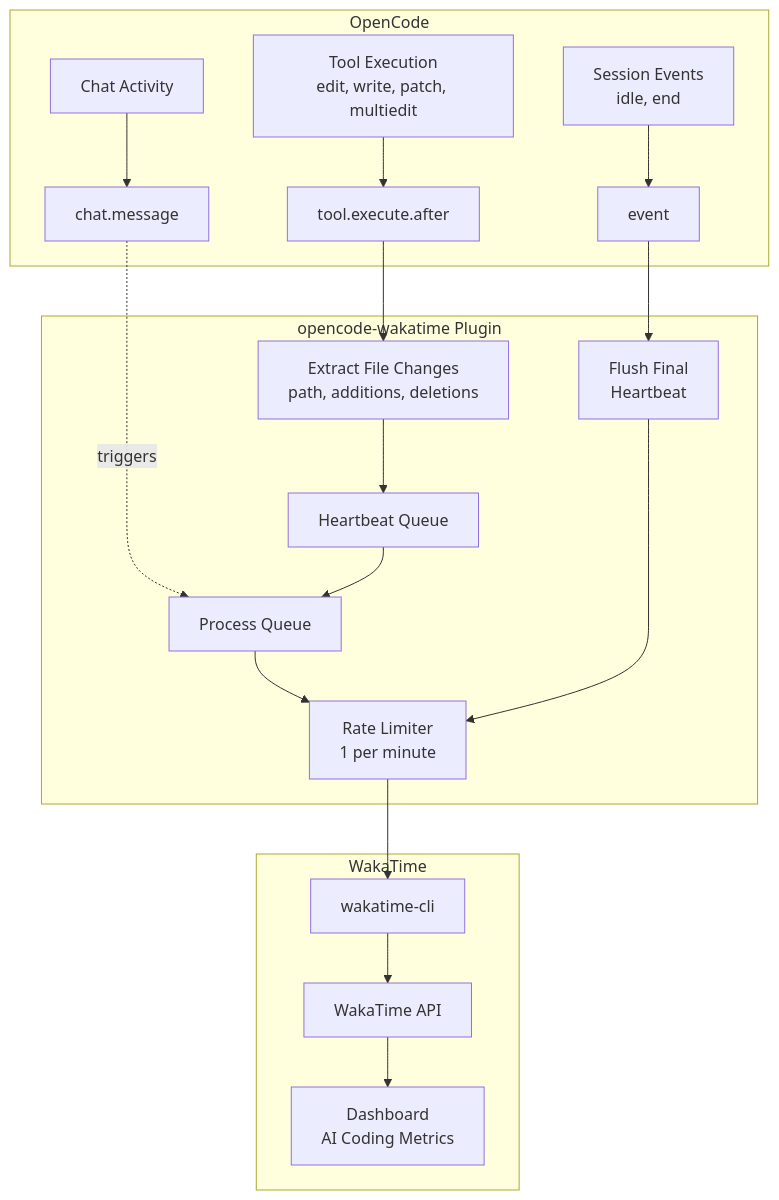
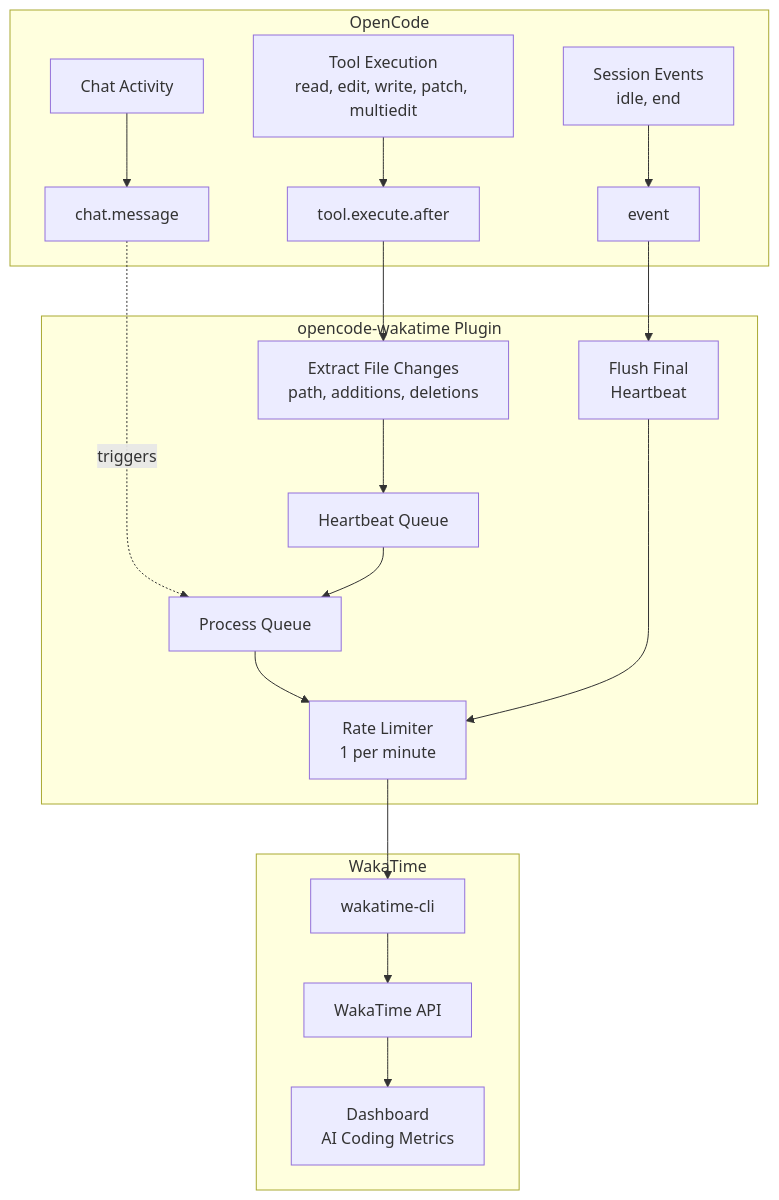
Before and after one commit to angristan/opencode-wakatime: the diagram in README.md, drawn with Mermaid. The commit also changed other lines of this file, not shown here.

Commit message:
docs: update README to include read tracking

````diff
--- a/README.md
+++ b/README.md
@@ -77,27 +77,27 @@
 ```mermaid
 flowchart TB
     subgraph OpenCode["OpenCode"]
-        A[Tool Execution<br/>edit, write, patch, multiedit] --> H1[tool.execute.after]
+        A[Tool Execution<br/>read, edit, write, patch, multiedit] --> H1[tool.execute.after]
         B[Chat Activity] --> H2[chat.message]
         C[Session Events<br/>idle, end] --> H3[event]
     end
 
     subgraph Plugin["opencode-wakatime Plugin"]
         H1 --> P1[Extract File Changes<br/>path, additions, deletions]
         P1 --> Q[Heartbeat Queue]
 
         H2 -.->|triggers| P2[Process Queue]
         Q --> P2
         P2 --> R[Rate Limiter<br/>1 per minute]
 
         H3 --> P3[Flush Final<br/>Heartbeat]
         P3 --> R
     end
 
     subgraph WakaTime["WakaTime"]
         R --> CLI[wakatime-cli]
         CLI --> API[WakaTime API]
         API --> D[Dashboard<br/>AI Coding Metrics]
     end
 
 ```
````
